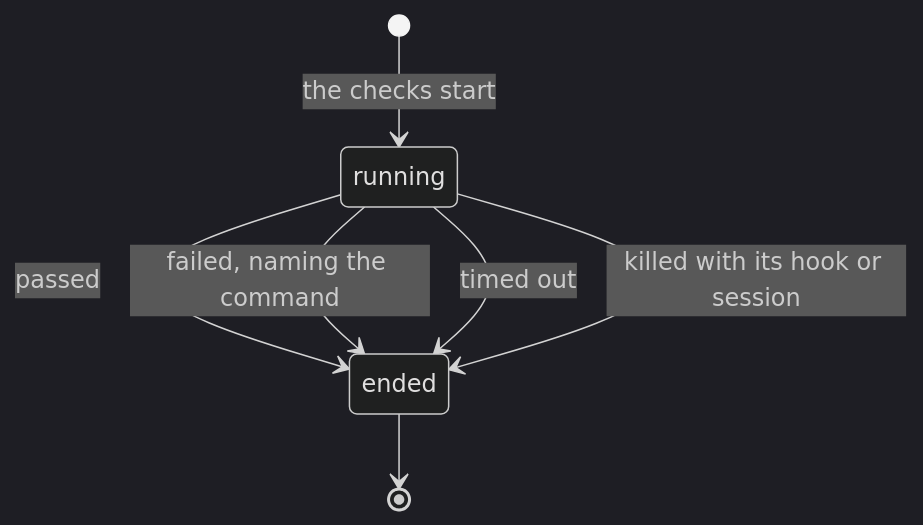
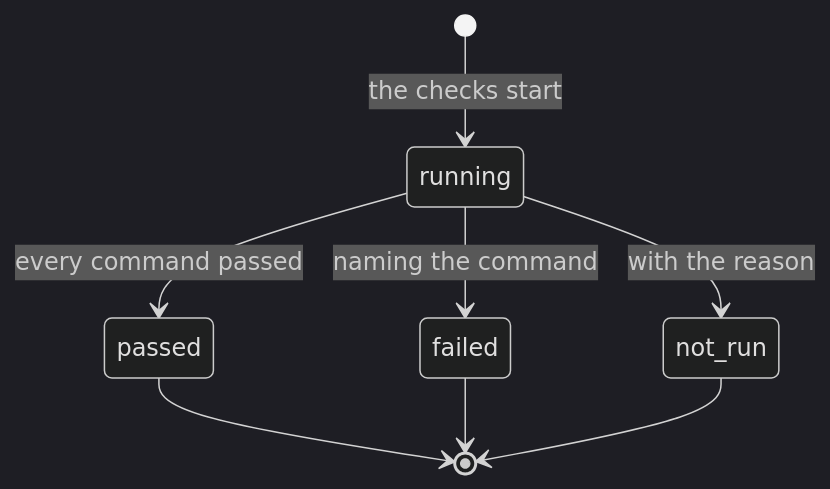
The sixth of 7 diagrams in docs/architecture/TRAJECTORY.md (trustmybot/tmb), drawn with Mermaid (dark theme) before and after one commit. The commit also changed other lines of this file and 38 other files, not shown here.

````diff
--- a/docs/architecture/TRAJECTORY.md
+++ b/docs/architecture/TRAJECTORY.md
@@ -88,9 +123,10 @@
 ```mermaid
 stateDiagram-v2
     [*] --> running: the checks start
-    running --> ended: passed
-    running --> ended: failed, naming the command
-    running --> ended: timed out
-    running --> ended: killed with its hook or session
-    ended --> [*]
+    running --> passed: every command passed
+    running --> failed: naming the command
+    running --> not_run: with the reason
+    passed --> [*]
+    failed --> [*]
+    not_run --> [*]
 ```
````
